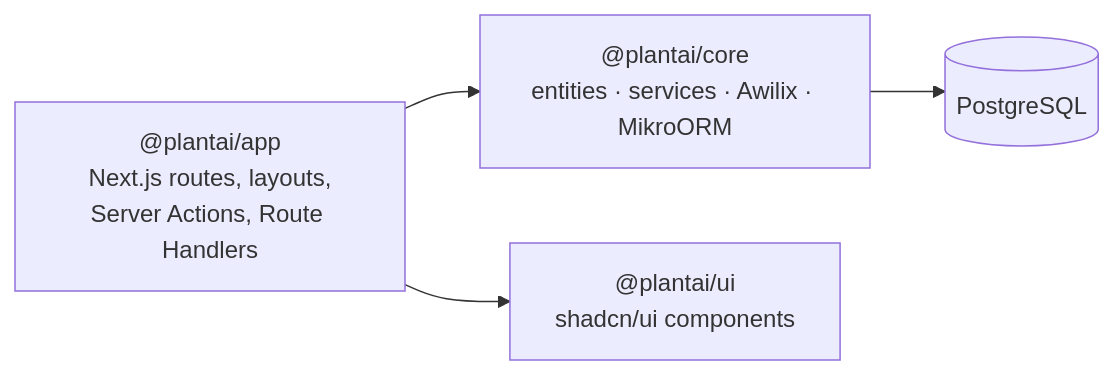
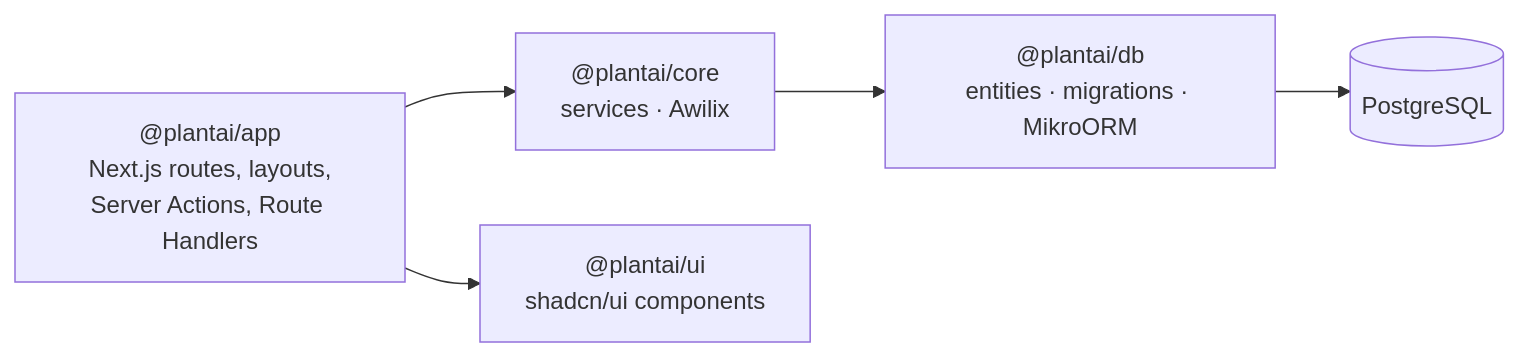
The diagram in README.md (xSauron/ai_tl_project), drawn with Mermaid before and after one commit. The commit also changed other lines of this file and 36 other files, not shown here.

Commit message:
refactor(db): move entities, migrations and ORM config to @plantai/db (app-primitives 0.3)

````diff
--- a/README.md
+++ b/README.md
@@ -62,10 +63,12 @@
 ```mermaid
 graph LR
   app["@plantai/app<br/>Next.js routes, layouts,<br/>Server Actions, Route Handlers"]
-  core["@plantai/core<br/>entities · services · Awilix · MikroORM"]
+  core["@plantai/core<br/>services · Awilix"]
+  dbpkg["@plantai/db<br/>entities · migrations · MikroORM"]
   ui["@plantai/ui<br/>shadcn/ui components"]
-  db[(PostgreSQL)]
+  pg[(PostgreSQL)]
   app --> core
   app --> ui
-  core --> db
+  core --> dbpkg
+  dbpkg --> pg
 ```
````
